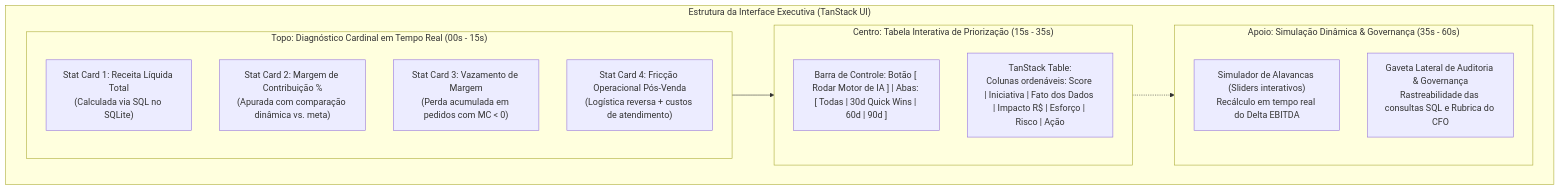
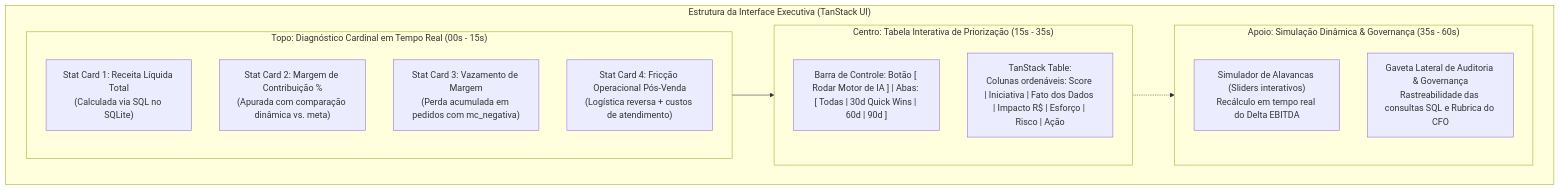
Before and after one commit to carlos-e-araujo/priorizador-de-margem: the sixth of 6 diagrams in docs/04_ideia.md, drawn with Mermaid. The commit also changed other lines of this file, not shown here.

Commit message:
Update Módulo C documentation and database schema to reflect changes in data handling and structure

````diff
--- a/docs/04_ideia.md
+++ b/docs/04_ideia.md
@@ -740,24 +851,24 @@
 ```mermaid
 flowchart TD
     subgraph Layout["Estrutura da Interface Executiva (TanStack UI)"]
         subgraph TopBar["Topo: Diagnóstico Cardinal em Tempo Real (00s - 15s)"]
             K1["Stat Card 1: Receita Líquida Total<br/>(Calculada via SQL no SQLite)"]
             K2["Stat Card 2: Margem de Contribuição %<br/>(Apurada com comparação dinâmica vs. meta)"]
-            K3["Stat Card 3: Vazamento de Margem<br/>(Perda acumulada em pedidos com MC < 0)"]
+            K3["Stat Card 3: Vazamento de Margem<br/>(Perda acumulada em pedidos com mc_negativa)"]
             K4["Stat Card 4: Fricção Operacional Pós-Venda<br/>(Logística reversa + custos de atendimento)"]
         end
 
         subgraph MainSection["Centro: Tabela Interativa de Priorização (15s - 35s)"]
             Controls["Barra de Controle: Botão [ Rodar Motor de IA ] | Abas: [ Todas | 30d Quick Wins | 60d | 90d ]"]
             Table["TanStack Table:<br/>Colunas ordenáveis: Score | Iniciativa | Fato dos Dados | Impacto R$ | Esforço | Risco | Ação"]
         end
 
         subgraph AuxSection["Apoio: Simulação Dinâmica & Governança (35s - 60s)"]
             Sim["Simulador de Alavancas (Sliders interativos)<br/>Recálculo em tempo real do Delta EBITDA"]
             Drawer["Gaveta Lateral de Auditoria & Governança<br/>Rastreabilidade das consultas SQL e Rubrica do CFO"]
         end
 
         TopBar --> MainSection
         MainSection -.-> AuxSection
     end
 ```
````
